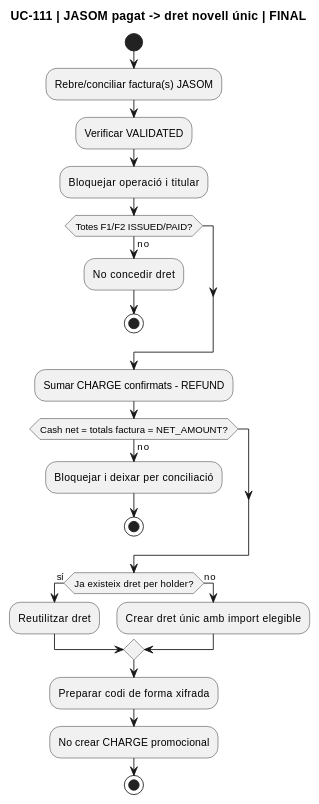
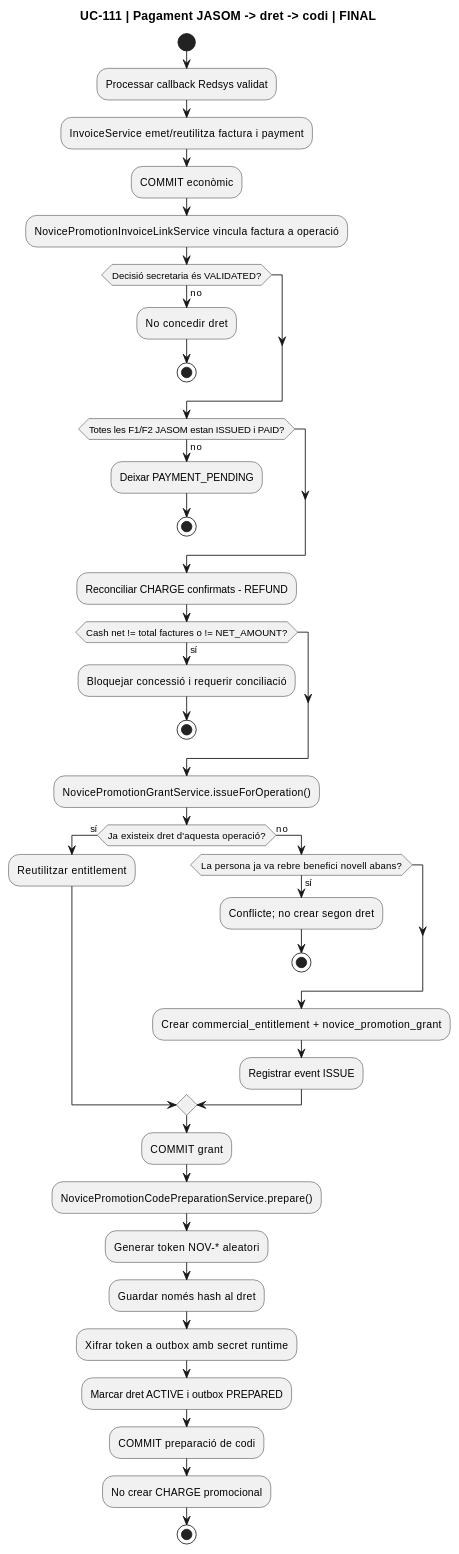
Before and after one commit to orgmeriemprismacat-del/verifactu: the seventh of 12 diagrams in documentacio/07-uml-integrat/uc-111-activitats-actual-final.md, drawn with PlantUML. The commit also changed other lines of this file, not shown here.

Commit message:
UC-111 complete web intranet and payment activity diagrams

````diff
--- a/documentacio/07-uml-integrat/uc-111-activitats-actual-final.md
+++ b/documentacio/07-uml-integrat/uc-111-activitats-actual-final.md
@@ -122,26 +192,43 @@
 ```plantuml
 @startuml
-title UC-111 | JASOM pagat -> dret novell únic | FINAL
+title UC-111 | Pagament JASOM -> dret -> codi | FINAL
 start
-:Rebre/conciliar factura(s) JASOM;
-:Verificar VALIDATED;
-:Bloquejar operació i titular;
-if (Totes F1/F2 ISSUED/PAID?) then (no)
+:Processar callback Redsys validat;
+:InvoiceService emet/reutilitza factura i payment;
+:COMMIT econòmic;
+:NovicePromotionInvoiceLinkService vincula factura a operació;
+if (Decisió secretaria és VALIDATED?) then (no)
   :No concedir dret;
   stop
 endif
-:Sumar CHARGE confirmats - REFUND;
-if (Cash net = totals factura = NET_AMOUNT?) then (no)
-  :Bloquejar i deixar per conciliació;
+if (Totes les F1/F2 JASOM estan ISSUED i PAID?) then (no)
+  :Deixar PAYMENT_PENDING;
   stop
 endif
-if (Ja existeix dret per holder?) then (sí)
-  :Reutilitzar dret;
+:Reconciliar CHARGE confirmats - REFUND;
+if (Cash net != total factures o != NET_AMOUNT?) then (sí)
+  :Bloquejar concessió i requerir conciliació;
+  stop
+endif
+:NovicePromotionGrantService.issueForOperation();
+if (Ja existeix dret d'aquesta operació?) then (sí)
+  :Reutilitzar entitlement;
 else (no)
-  :Crear dret únic amb import elegible;
+  if (La persona ja va rebre benefici novell abans?) then (sí)
+    :Conflicte; no crear segon dret;
+    stop
+  endif
+  :Crear commercial_entitlement + novice_promotion_grant;
+  :Registrar event ISSUE;
 endif
-:Preparar codi de forma xifrada;
+:COMMIT grant;
+:NovicePromotionCodePreparationService.prepare();
+:Generar token NOV-* aleatori;
+:Guardar només hash al dret;
+:Xifrar token a outbox amb secret runtime;
+:Marcar dret ACTIVE i outbox PREPARED;
+:COMMIT preparació de codi;
 :No crear CHARGE promocional;
 stop
 @enduml
 ```
````
